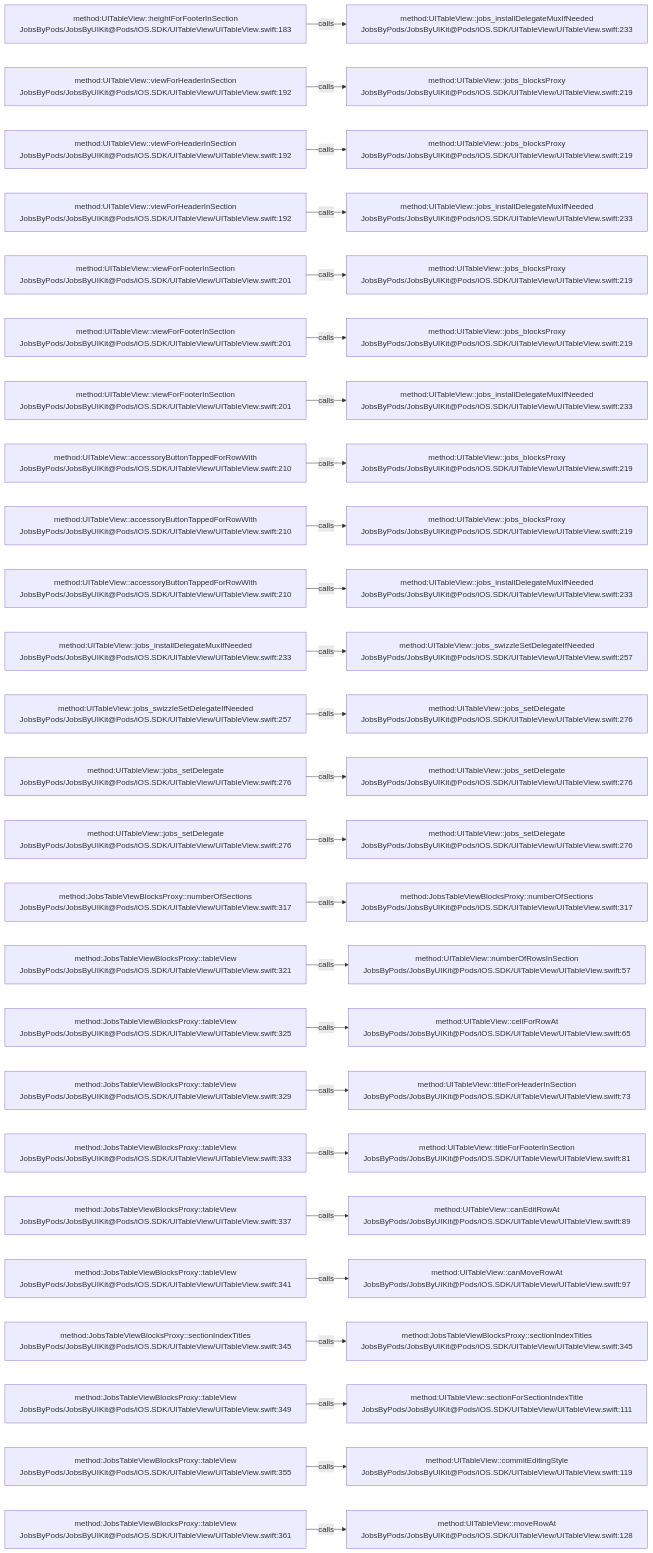
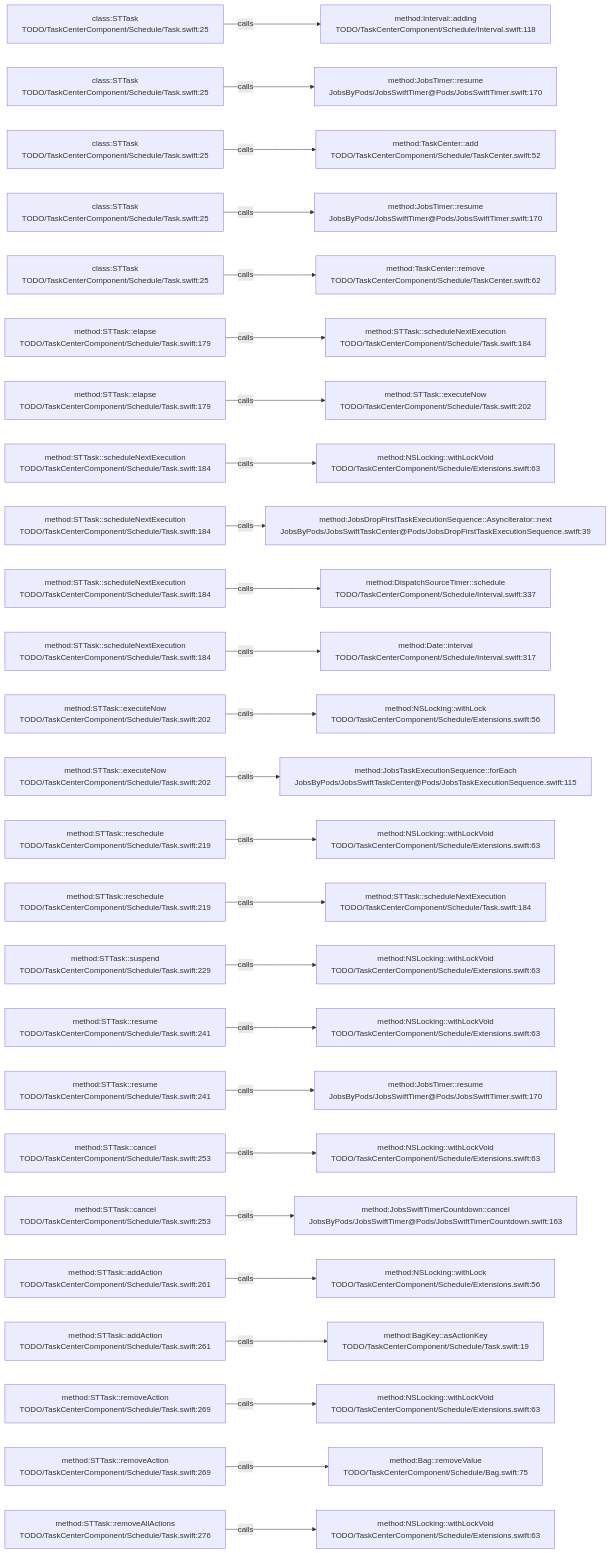
The diagram in .codegraph/codegraph.md/graphs/calls-085.md (JobsKits/JobsSwiftBaseConfigDemo), drawn with Mermaid before and after one commit. The commit also changed 569 other files, not shown here.

````diff
--- a/.codegraph/codegraph.md/graphs/calls-085.md
+++ b/.codegraph/codegraph.md/graphs/calls-085.md
@@ -13,78 +13,78 @@
 ```mermaid
 flowchart LR
-  S1["method:UITableView::heightForFooterInSection<br/>JobsByPods/JobsByUIKit@Pods/iOS.SDK/UITableView/UITableView.swift:183"]
-  T1["method:UITableView::jobs_installDelegateMuxIfNeeded<br/>JobsByPods/JobsByUIKit@Pods/iOS.SDK/UITableView/UITableView.swift:233"]
+  S1["class:STTask<br/>TODO/TaskCenterComponent/Schedule/Task.swift:25"]
+  T1["method:Interval::adding<br/>TODO/TaskCenterComponent/Schedule/Interval.swift:118"]
   S1 -->|calls| T1
-  S2["method:UITableView::viewForHeaderInSection<br/>JobsByPods/JobsByUIKit@Pods/iOS.SDK/UITableView/UITableView.swift:192"]
-  T2["method:UITableView::jobs_blocksProxy<br/>JobsByPods/JobsByUIKit@Pods/iOS.SDK/UITableView/UITableView.swift:219"]
+  S2["class:STTask<br/>TODO/TaskCenterComponent/Schedule/Task.swift:25"]
+  T2["method:JobsTimer::resume<br/>JobsByPods/JobsSwiftTimer@Pods/JobsSwiftTimer.swift:170"]
   S2 -->|calls| T2
-  S3["method:UITableView::viewForHeaderInSection<br/>JobsByPods/JobsByUIKit@Pods/iOS.SDK/UITableView/UITableView.swift:192"]
-  T3["method:UITableView::jobs_blocksProxy<br/>JobsByPods/JobsByUIKit@Pods/iOS.SDK/UITableView/UITableView.swift:219"]
+  S3["class:STTask<br/>TODO/TaskCenterComponent/Schedule/Task.swift:25"]
+  T3["method:TaskCenter::add<br/>TODO/TaskCenterComponent/Schedule/TaskCenter.swift:52"]
   S3 -->|calls| T3
-  S4["method:UITableView::viewForHeaderInSection<br/>JobsByPods/JobsByUIKit@Pods/iOS.SDK/UITableView/UITableView.swift:192"]
-  T4["method:UITableView::jobs_installDelegateMuxIfNeeded<br/>JobsByPods/JobsByUIKit@Pods/iOS.SDK/UITableView/UITableView.swift:233"]
+  S4["class:STTask<br/>TODO/TaskCenterComponent/Schedule/Task.swift:25"]
+  T4["method:JobsTimer::resume<br/>JobsByPods/JobsSwiftTimer@Pods/JobsSwiftTimer.swift:170"]
   S4 -->|calls| T4
-  S5["method:UITableView::viewForFooterInSection<br/>JobsByPods/JobsByUIKit@Pods/iOS.SDK/UITableView/UITableView.swift:201"]
-  T5["method:UITableView::jobs_blocksProxy<br/>JobsByPods/JobsByUIKit@Pods/iOS.SDK/UITableView/UITableView.swift:219"]
+  S5["class:STTask<br/>TODO/TaskCenterComponent/Schedule/Task.swift:25"]
+  T5["method:TaskCenter::remove<br/>TODO/TaskCenterComponent/Schedule/TaskCenter.swift:62"]
   S5 -->|calls| T5
-  S6["method:UITableView::viewForFooterInSection<br/>JobsByPods/JobsByUIKit@Pods/iOS.SDK/UITableView/UITableView.swift:201"]
-  T6["method:UITableView::jobs_blocksProxy<br/>JobsByPods/JobsByUIKit@Pods/iOS.SDK/UITableView/UITableView.swift:219"]
+  S6["method:STTask::elapse<br/>TODO/TaskCenterComponent/Schedule/Task.swift:179"]
+  T6["method:STTask::scheduleNextExecution<br/>TODO/TaskCenterComponent/Schedule/Task.swift:184"]
   S6 -->|calls| T6
-  S7["method:UITableView::viewForFooterInSection<br/>JobsByPods/JobsByUIKit@Pods/iOS.SDK/UITableView/UITableView.swift:201"]
-  T7["method:UITableView::jobs_installDelegateMuxIfNeeded<br/>JobsByPods/JobsByUIKit@Pods/iOS.SDK/UITableView/UITableView.swift:233"]
+  S7["method:STTask::elapse<br/>TODO/TaskCenterComponent/Schedule/Task.swift:179"]
+  T7["method:STTask::executeNow<br/>TODO/TaskCenterComponent/Schedule/Task.swift:202"]
   S7 -->|calls| T7
-  S8["method:UITableView::accessoryButtonTappedForRowWith<br/>JobsByPods/JobsByUIKit@Pods/iOS.SDK/UITableView/UITableView.swift:210"]
-  T8["method:UITableView::jobs_blocksProxy<br/>JobsByPods/JobsByUIKit@Pods/iOS.SDK/UITableView/UITableView.swift:219"]
+  S8["method:STTask::scheduleNextExecution<br/>TODO/TaskCenterComponent/Schedule/Task.swift:184"]
+  T8["method:NSLocking::withLockVoid<br/>TODO/TaskCenterComponent/Schedule/Extensions.swift:63"]
   S8 -->|calls| T8
-  S9["method:UITableView::accessoryButtonTappedForRowWith<br/>JobsByPods/JobsByUIKit@Pods/iOS.SDK/UITableView/UITableView.swift:210"]
-  T9["method:UITableView::jobs_blocksProxy<br/>JobsByPods/JobsByUIKit@Pods/iOS.SDK/UITableView/UITableView.swift:219"]
+  S9["method:STTask::scheduleNextExecution<br/>TODO/TaskCenterComponent/Schedule/Task.swift:184"]
+  T9["method:JobsDropFirstTaskExecutionSequence::AsyncIterator::next<br/>JobsByPods/JobsSwiftTaskCenter@Pods/JobsDropFirstTaskExecutionSequence.swift:39"]
   S9 -->|calls| T9
-  S10["method:UITableView::accessoryButtonTappedForRowWith<br/>JobsByPods/JobsByUIKit@Pods/iOS.SDK/UITableView/UITableView.swift:210"]
-  T10["method:UITableView::jobs_installDelegateMuxIfNeeded<br/>JobsByPods/JobsByUIKit@Pods/iOS.SDK/UITableView/UITableView.swift:233"]
+  S10["method:STTask::scheduleNextExecution<br/>TODO/TaskCenterComponent/Schedule/Task.swift:184"]
+  T10["method:DispatchSourceTimer::schedule<br/>TODO/TaskCenterComponent/Schedule/Interval.swift:337"]
   S10 -->|calls| T10
-  S11["method:UITableView::jobs_installDelegateMuxIfNeeded<br/>JobsByPods/JobsByUIKit@Pods/iOS.SDK/UITableView/UITableView.swift:233"]
-  T11["method:UITableView::jobs_swizzleSetDelegateIfNeeded<br/>JobsByPods/JobsByUIKit@Pods/iOS.SDK/UITableView/UITableView.swift:257"]
+  S11["method:STTask::scheduleNextExecution<br/>TODO/TaskCenterComponent/Schedule/Task.swift:184"]
+  T11["method:Date::interval<br/>TODO/TaskCenterComponent/Schedule/Interval.swift:317"]
   S11 -->|calls| T11
-  S12["method:UITableView::jobs_swizzleSetDelegateIfNeeded<br/>JobsByPods/JobsByUIKit@Pods/iOS.SDK/UITableView/UITableView.swift:257"]
-  T12["method:UITableView::jobs_setDelegate<br/>JobsByPods/JobsByUIKit@Pods/iOS.SDK/UITableView/UITableView.swift:276"]
+  S12["method:STTask::executeNow<br/>TODO/TaskCenterComponent/Schedule/Task.swift:202"]
+  T12["method:NSLocking::withLock<br/>TODO/TaskCenterComponent/Schedule/Extensions.swift:56"]
   S12 -->|calls| T12
-  S13["method:UITableView::jobs_setDelegate<br/>JobsByPods/JobsByUIKit@Pods/iOS.SDK/UITableView/UITableView.swift:276"]
-  T13["method:UITableView::jobs_setDelegate<br/>JobsByPods/JobsByUIKit@Pods/iOS.SDK/UITableView/UITableView.swift:276"]
+  S13["method:STTask::executeNow<br/>TODO/TaskCenterComponent/Schedule/Task.swift:202"]
+  T13["method:JobsTaskExecutionSequence::forEach<br/>JobsByPods/JobsSwiftTaskCenter@Pods/JobsTaskExecutionSequence.swift:115"]
   S13 -->|calls| T13
-  S14["method:UITableView::jobs_setDelegate<br/>JobsByPods/JobsByUIKit@Pods/iOS.SDK/UITableView/UITableView.swift:276"]
-  T14["method:UITableView::jobs_setDelegate<br/>JobsByPods/JobsByUIKit@Pods/iOS.SDK/UITableView/UITableView.swift:276"]
+  S14["method:STTask::reschedule<br/>TODO/TaskCenterComponent/Schedule/Task.swift:219"]
+  T14["method:NSLocking::withLockVoid<br/>TODO/TaskCenterComponent/Schedule/Extensions.swift:63"]
   S14 -->|calls| T14
-  S15["method:JobsTableViewBlocksProxy::numberOfSections<br/>JobsByPods/JobsByUIKit@Pods/iOS.SDK/UITableView/UITableView.swift:317"]
-  T15["method:JobsTableViewBlocksProxy::numberOfSections<br/>JobsByPods/JobsByUIKit@Pods/iOS.SDK/UITableView/UITableView.swift:317"]
+  S15["method:STTask::reschedule<br/>TODO/TaskCenterComponent/Schedule/Task.swift:219"]
+  T15["method:STTask::scheduleNextExecution<br/>TODO/TaskCenterComponent/Schedule/Task.swift:184"]
   S15 -->|calls| T15
-  S16["method:JobsTableViewBlocksProxy::tableView<br/>JobsByPods/JobsByUIKit@Pods/iOS.SDK/UITableView/UITableView.swift:321"]
-  T16["method:UITableView::numberOfRowsInSection<br/>JobsByPods/JobsByUIKit@Pods/iOS.SDK/UITableView/UITableView.swift:57"]
+  S16["method:STTask::suspend<br/>TODO/TaskCenterComponent/Schedule/Task.swift:229"]
+  T16["method:NSLocking::withLockVoid<br/>TODO/TaskCenterComponent/Schedule/Extensions.swift:63"]
   S16 -->|calls| T16
-  S17["method:JobsTableViewBlocksProxy::tableView<br/>JobsByPods/JobsByUIKit@Pods/iOS.SDK/UITableView/UITableView.swift:325"]
-  T17["method:UITableView::cellForRowAt<br/>JobsByPods/JobsByUIKit@Pods/iOS.SDK/UITableView/UITableView.swift:65"]
+  S17["method:STTask::resume<br/>TODO/TaskCenterComponent/Schedule/Task.swift:241"]
+  T17["method:NSLocking::withLockVoid<br/>TODO/TaskCenterComponent/Schedule/Extensions.swift:63"]
   S17 -->|calls| T17
-  S18["method:JobsTableViewBlocksProxy::tableView<br/>JobsByPods/JobsByUIKit@Pods/iOS.SDK/UITableView/UITableView.swift:329"]
-  T18["method:UITableView::titleForHeaderInSection<br/>JobsByPods/JobsByUIKit@Pods/iOS.SDK/UITableView/UITableView.swift:73"]
+  S18["method:STTask::resume<br/>TODO/TaskCenterComponent/Schedule/Task.swift:241"]
+  T18["method:JobsTimer::resume<br/>JobsByPods/JobsSwiftTimer@Pods/JobsSwiftTimer.swift:170"]
   S18 -->|calls| T18
-  S19["method:JobsTableViewBlocksProxy::tableView<br/>JobsByPods/JobsByUIKit@Pods/iOS.SDK/UITableView/UITableView.swift:333"]
-  T19["method:UITableView::titleForFooterInSection<br/>JobsByPods/JobsByUIKit@Pods/iOS.SDK/UITableView/UITableView.swift:81"]
+  S19["method:STTask::cancel<br/>TODO/TaskCenterComponent/Schedule/Task.swift:253"]
+  T19["method:NSLocking::withLockVoid<br/>TODO/TaskCenterComponent/Schedule/Extensions.swift:63"]
   S19 -->|calls| T19
-  S20["method:JobsTableViewBlocksProxy::tableView<br/>JobsByPods/JobsByUIKit@Pods/iOS.SDK/UITableView/UITableView.swift:337"]
-  T20["method:UITableView::canEditRowAt<br/>JobsByPods/JobsByUIKit@Pods/iOS.SDK/UITableView/UITableView.swift:89"]
+  S20["method:STTask::cancel<br/>TODO/TaskCenterComponent/Schedule/Task.swift:253"]
+  T20["method:JobsSwiftTimerCountdown::cancel<br/>JobsByPods/JobsSwiftTimer@Pods/JobsSwiftTimerCountdown.swift:163"]
   S20 -->|calls| T20
-  S21["method:JobsTableViewBlocksProxy::tableView<br/>JobsByPods/JobsByUIKit@Pods/iOS.SDK/UITableView/UITableView.swift:341"]
-  T21["method:UITableView::canMoveRowAt<br/>JobsByPods/JobsByUIKit@Pods/iOS.SDK/UITableView/UITableView.swift:97"]
+  S21["method:STTask::addAction<br/>TODO/TaskCenterComponent/Schedule/Task.swift:261"]
+  T21["method:NSLocking::withLock<br/>TODO/TaskCenterComponent/Schedule/Extensions.swift:56"]
   S21 -->|calls| T21
-  S22["method:JobsTableViewBlocksProxy::sectionIndexTitles<br/>JobsByPods/JobsByUIKit@Pods/iOS.SDK/UITableView/UITableView.swift:345"]
-  T22["method:JobsTableViewBlocksProxy::sectionIndexTitles<br/>JobsByPods/JobsByUIKit@Pods/iOS.SDK/UITableView/UITableView.swift:345"]
+  S22["method:STTask::addAction<br/>TODO/TaskCenterComponent/Schedule/Task.swift:261"]
+  T22["method:BagKey::asActionKey<br/>TODO/TaskCenterComponent/Schedule/Task.swift:19"]
   S22 -->|calls| T22
-  S23["method:JobsTableViewBlocksProxy::tableView<br/>JobsByPods/JobsByUIKit@Pods/iOS.SDK/UITableView/UITableView.swift:349"]
-  T23["method:UITableView::sectionForSectionIndexTitle<br/>JobsByPods/JobsByUIKit@Pods/iOS.SDK/UITableView/UITableView.swift:111"]
+  S23["method:STTask::removeAction<br/>TODO/TaskCenterComponent/Schedule/Task.swift:269"]
+  T23["method:NSLocking::withLockVoid<br/>TODO/TaskCenterComponent/Schedule/Extensions.swift:63"]
   S23 -->|calls| T23
-  S24["method:JobsTableViewBlocksProxy::tableView<br/>JobsByPods/JobsByUIKit@Pods/iOS.SDK/UITableView/UITableView.swift:355"]
-  T24["method:UITableView::commitEditingStyle<br/>JobsByPods/JobsByUIKit@Pods/iOS.SDK/UITableView/UITableView.swift:119"]
+  S24["method:STTask::removeAction<br/>TODO/TaskCenterComponent/Schedule/Task.swift:269"]
+  T24["method:Bag::removeValue<br/>TODO/TaskCenterComponent/Schedule/Bag.swift:75"]
   S24 -->|calls| T24
-  S25["method:JobsTableViewBlocksProxy::tableView<br/>JobsByPods/JobsByUIKit@Pods/iOS.SDK/UITableView/UITableView.swift:361"]
-  T25["method:UITableView::moveRowAt<br/>JobsByPods/JobsByUIKit@Pods/iOS.SDK/UITableView/UITableView.swift:128"]
+  S25["method:STTask::removeAllActions<br/>TODO/TaskCenterComponent/Schedule/Task.swift:276"]
+  T25["method:NSLocking::withLockVoid<br/>TODO/TaskCenterComponent/Schedule/Extensions.swift:63"]
   S25 -->|calls| T25
 ```
````
